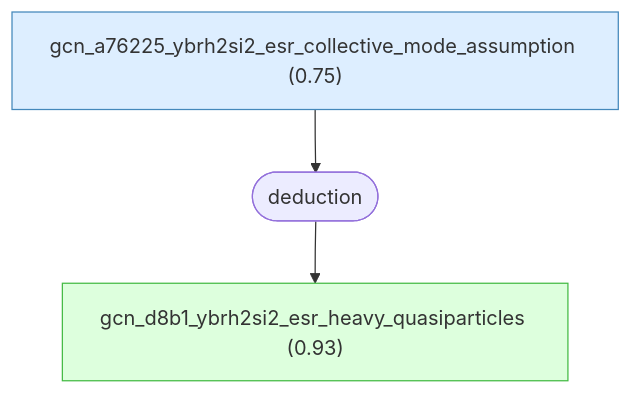
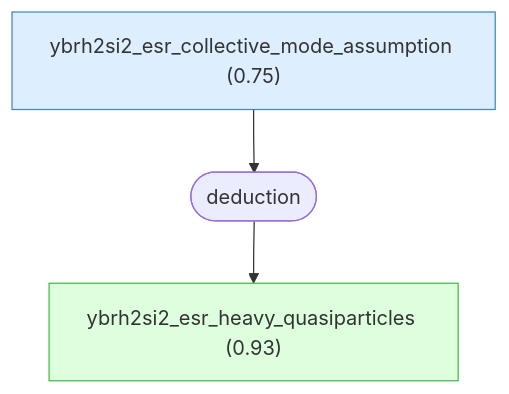
The eighth of 13 diagrams in docs/detailed-reasoning.md (Callo42/fermi-liquid-effective-mass-gaia), drawn with Mermaid before and after one commit. The commit also changed other lines of this file and 33 other files, not shown here.

````diff
--- a/docs/detailed-reasoning.md
+++ b/docs/detailed-reasoning.md
@@ -905,18 +905,18 @@
 ```mermaid
 graph TD
-    gcn_a76225_ybrh2si2_esr_collective_mode_assumption["gcn_a76225_ybrh2si2_esr_collective_mode_assumption (0.75)"]:::premise
-    gcn_d8b1_ybrh2si2_esr_heavy_quasiparticles["gcn_d8b1_ybrh2si2_esr_heavy_quasiparticles (0.93)"]:::derived
+    ybrh2si2_esr_collective_mode_assumption["ybrh2si2_esr_collective_mode_assumption (0.75)"]:::premise
+    ybrh2si2_esr_heavy_quasiparticles["ybrh2si2_esr_heavy_quasiparticles (0.93)"]:::derived
     strat_14(["deduction"])
-    gcn_a76225_ybrh2si2_esr_collective_mode_assumption --> strat_14
-    strat_14 --> gcn_d8b1_ybrh2si2_esr_heavy_quasiparticles
+    ybrh2si2_esr_collective_mode_assumption --> strat_14
+    strat_14 --> ybrh2si2_esr_heavy_quasiparticles
 
     classDef setting fill:#f0f0f0,stroke:#999,color:#333
     classDef premise fill:#ddeeff,stroke:#4488bb,color:#333
     classDef derived fill:#ddffdd,stroke:#44bb44,color:#333
     classDef question fill:#fff3dd,stroke:#cc9944,color:#333
     classDef background fill:#f5f5f5,stroke:#bbb,stroke-dasharray: 5 5,color:#333
     classDef orphan fill:#fff,stroke:#ccc,stroke-dasharray: 5 5,color:#333
     classDef external fill:#fff,stroke:#aaa,stroke-dasharray: 3 3,color:#333
     classDef weak fill:#fff9c4,stroke:#f9a825,stroke-dasharray: 5 5,color:#333
     classDef contra fill:#ffebee,stroke:#c62828,color:#333
 ```
````
